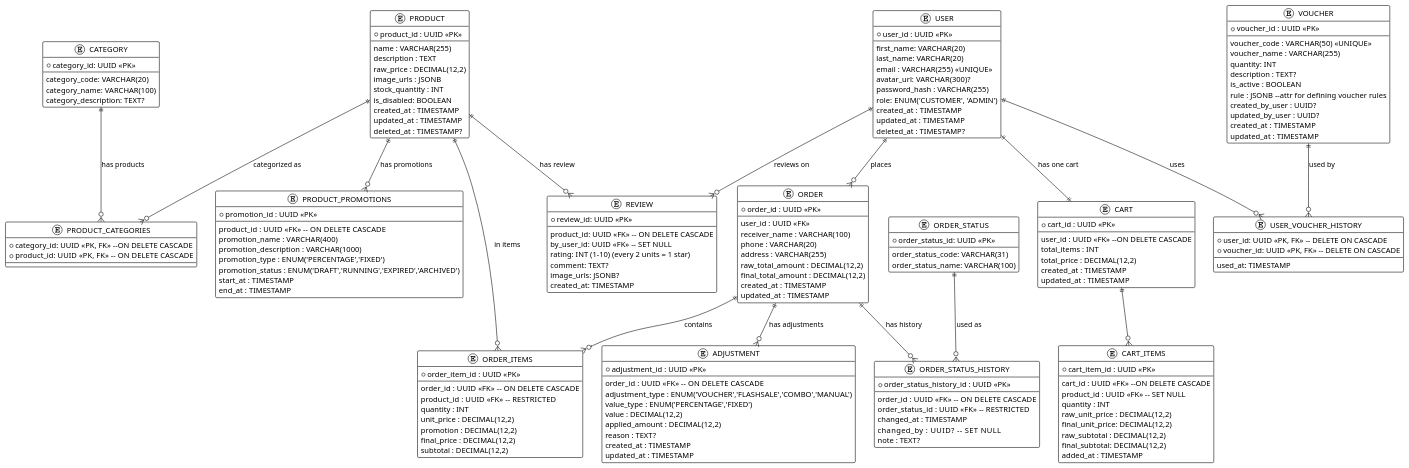
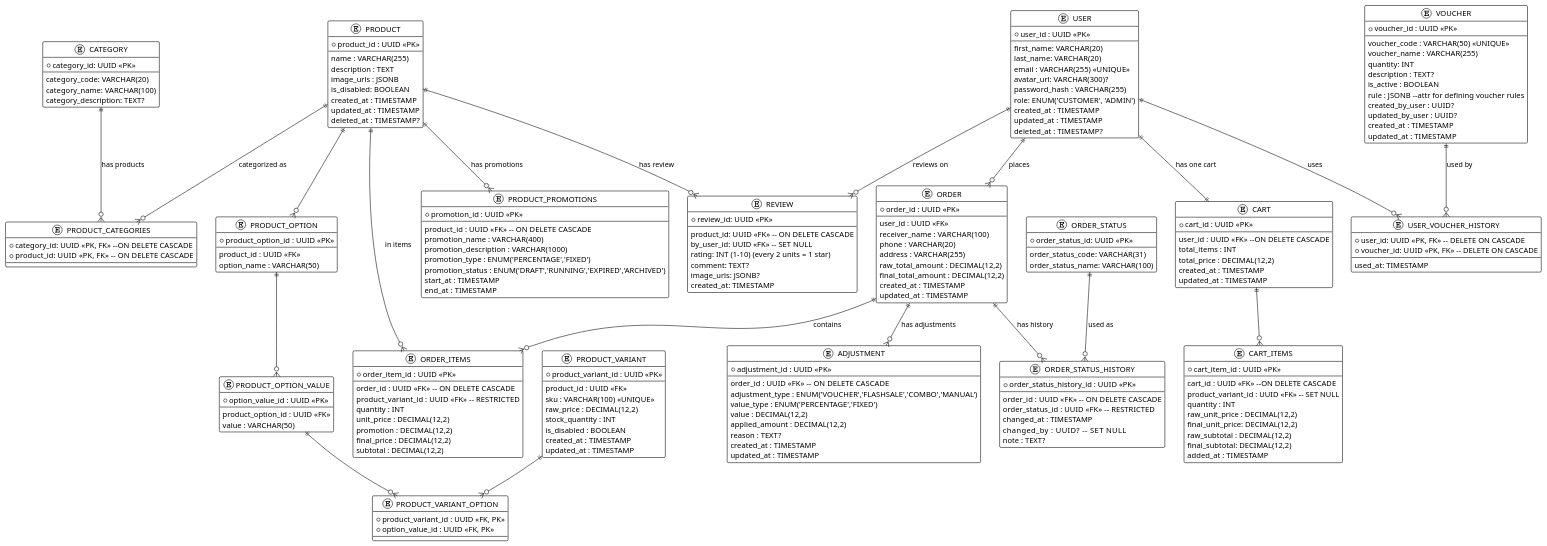
One commit to ThaiMX-hust/mini-ecommerce changed the diagram in docs/erd-database.puml. Above: the diagram before and after it, drawn with PlantUML.

Commit message:
refactor(docs): update product and order entities to include product variants and options

```diff
--- a/docs/erd-database.puml
+++ b/docs/erd-database.puml
@@ -20,13 +20,42 @@
     --
     name : VARCHAR(255)
     description : TEXT
-    raw_price : DECIMAL(12,2)
     image_urls : JSONB
-    stock_quantity : INT
     is_disabled: BOOLEAN
     created_at : TIMESTAMP
     updated_at : TIMESTAMP
     deleted_at : TIMESTAMP?
+}
+
+entity "PRODUCT_OPTION" as PO {
+    *product_option_id : UUID <<PK>>
+    --
+    product_id : UUID <<FK>>
+    option_name : VARCHAR(50) 
+}
+
+entity "PRODUCT_OPTION_VALUE" as POV {
+    *option_value_id : UUID <<PK>>
+    --
+    product_option_id : UUID <<FK>>
+    value : VARCHAR(50)
+}
+
+entity "PRODUCT_VARIANT" as PV {
+    *product_variant_id : UUID <<PK>>
+    --
+    product_id : UUID <<FK>>
+    sku : VARCHAR(100) <<UNIQUE>>
+    raw_price : DECIMAL(12,2)
+    stock_quantity : INT
+    is_disabled : BOOLEAN
+    created_at : TIMESTAMP
+    updated_at : TIMESTAMP
+}
+
+entity "PRODUCT_VARIANT_OPTION" as PVO {
+    *product_variant_id : UUID <<FK, PK>>
+    *option_value_id : UUID <<FK, PK>>
 }
 
 entity "CATEGORY" as C {
@@ -71,7 +100,7 @@
     *order_item_id : UUID <<PK>>
     --
     order_id : UUID <<FK>>  -- ON DELETE CASCADE
-    product_id : UUID <<FK>>  -- RESTRICTED
+    product_variant_id : UUID <<FK>>  -- RESTRICTED
     quantity : INT
     unit_price : DECIMAL(12,2)
     promotion : DECIMAL(12,2)
@@ -134,7 +163,7 @@
     *cart_item_id : UUID <<PK>>
     --
     cart_id : UUID <<FK>> --ON DELETE CASCADE
-    product_id : UUID <<FK>> -- SET NULL
+    product_variant_id : UUID <<FK>> -- SET NULL
     quantity : INT
     raw_unit_price : DECIMAL(12,2)
     final_unit_price: DECIMAL(12,2)
@@ -184,4 +213,9 @@
 U ||--|| Cart : "has one cart"
 Cart ||--o{ CI
 
+PV ||--o{ PVO
+PO ||--o{ POV
+P ||--o{ PO
+POV ||--o{ PVO
+
 @enduml
```
